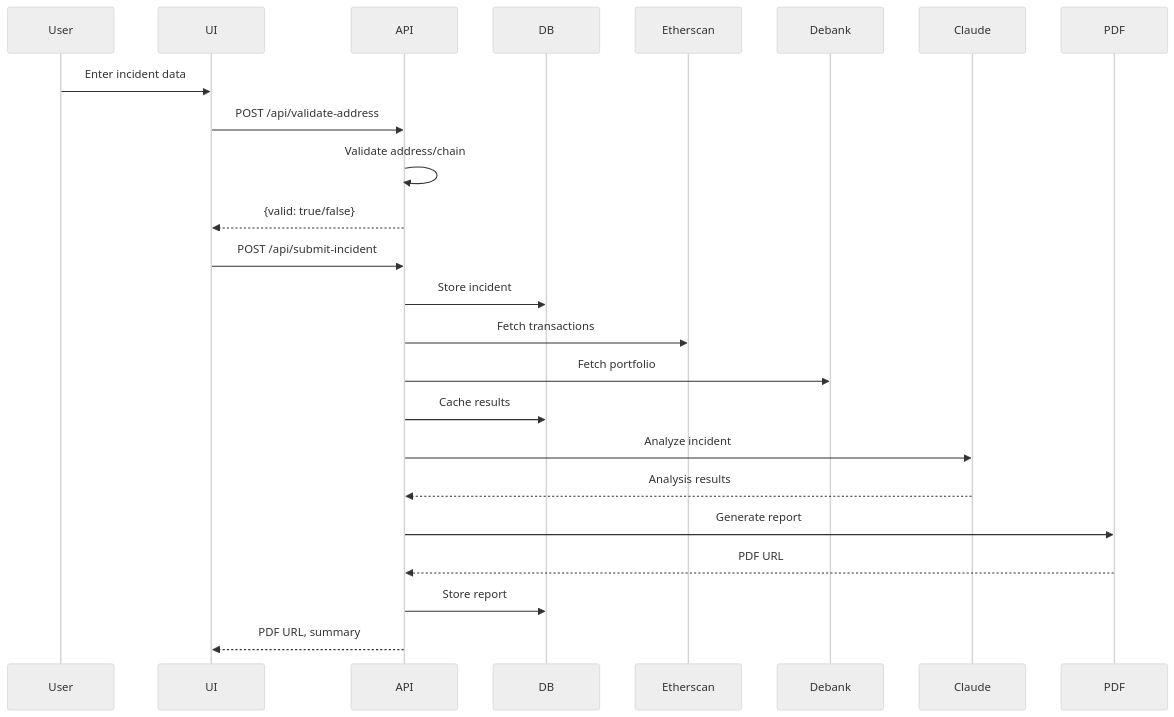
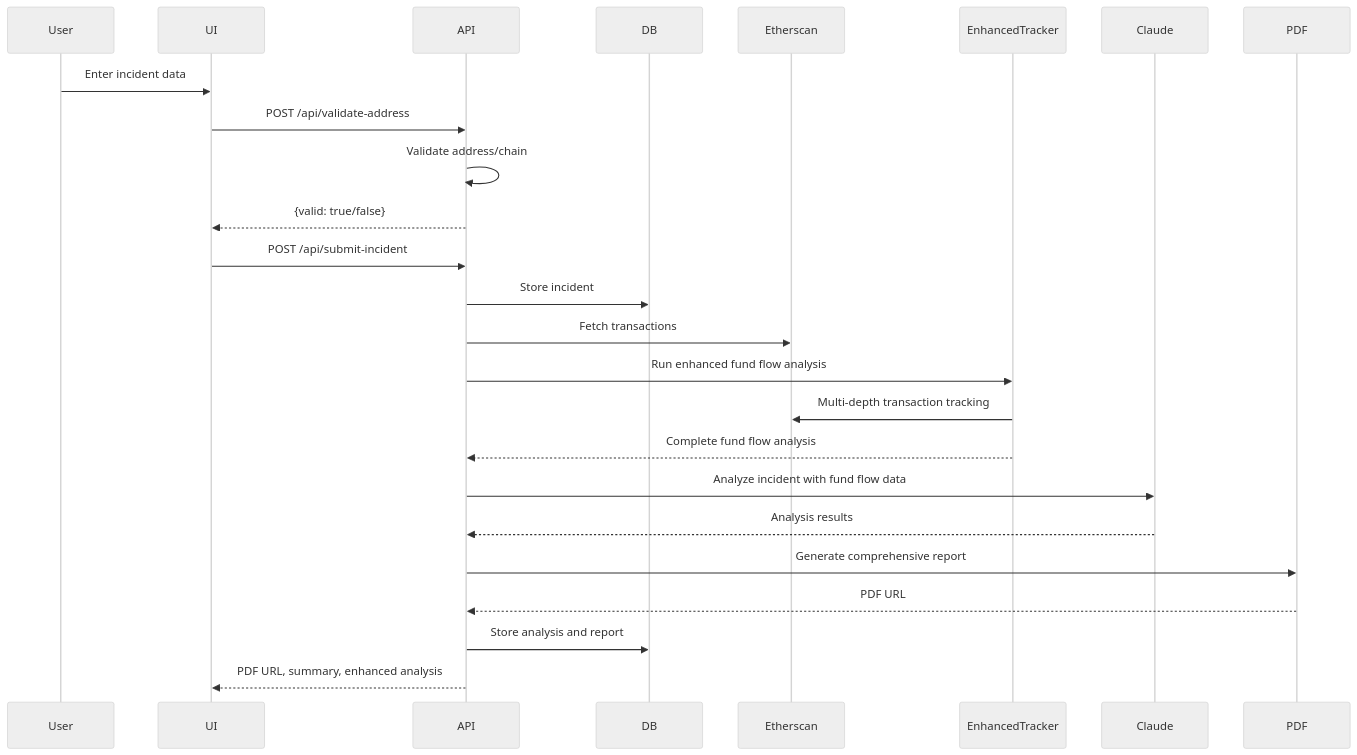
Before and after one commit to Pyzeur-ColonyLab/cryptomaltese.com: the second of 2 diagrams in docs/architecture-design.md, drawn with Mermaid (neutral theme). The commit also changed other lines of this file and 44 other files, not shown here.

First line of the commit message:
feat: Implement Enhanced Fund Flow Tracking Algorithm

````diff
--- a/docs/architecture-design.md
+++ b/docs/architecture-design.md
@@ -168,27 +200,28 @@
 ```mermaid
 sequenceDiagram
     participant User
     participant UI
     participant API
     participant DB
     participant Etherscan
-    participant Debank
+    participant EnhancedTracker
     participant Claude
     participant PDF
 
     User->>UI: Enter incident data
     UI->>API: POST /api/validate-address
     API->>API: Validate address/chain
     API-->>UI: {valid: true/false}
     UI->>API: POST /api/submit-incident
     API->>DB: Store incident
     API->>Etherscan: Fetch transactions
-    API->>Debank: Fetch portfolio
-    API->>DB: Cache results
-    API->>Claude: Analyze incident
+    API->>EnhancedTracker: Run enhanced fund flow analysis
+    EnhancedTracker->>Etherscan: Multi-depth transaction tracking
+    EnhancedTracker-->>API: Complete fund flow analysis
+    API->>Claude: Analyze incident with fund flow data
     Claude-->>API: Analysis results
-    API->>PDF: Generate report
+    API->>PDF: Generate comprehensive report
     PDF-->>API: PDF URL
-    API->>DB: Store report
-    API-->>UI: PDF URL, summary
+    API->>DB: Store analysis and report
+    API-->>UI: PDF URL, summary, enhanced analysis
 ```
````
